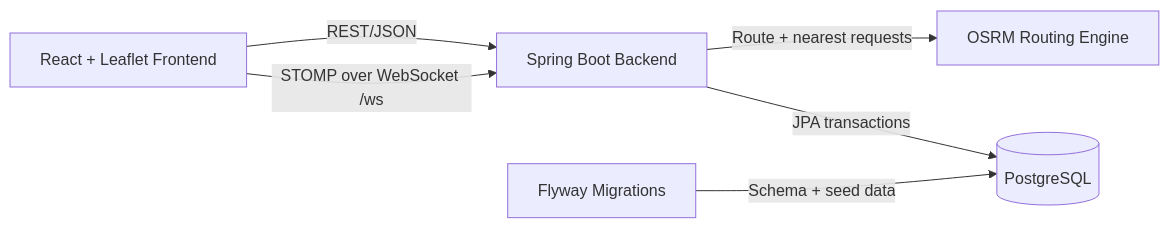
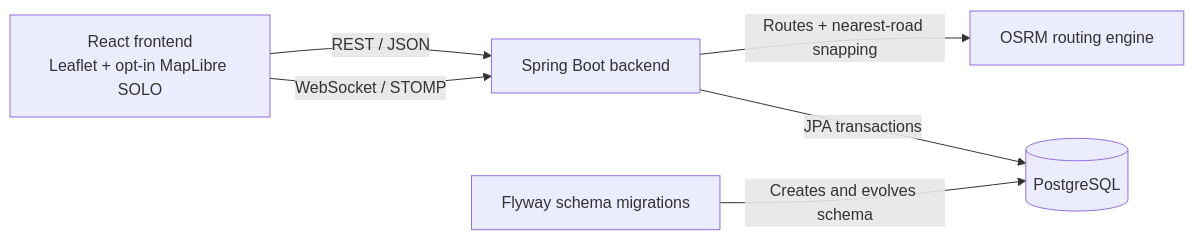
One commit to halfdimension/route-catch-game changed the diagram in README.md. Above: the diagram before and after it, drawn with Mermaid. The commit also changed other lines of this file, not shown here.

Commit message:
Refresh README for current architecture

````diff
--- a/README.md
+++ b/README.md
@@ -62,14 +40,14 @@
 ```mermaid
 flowchart LR
-    frontend["React + Leaflet Frontend"]
-    backend["Spring Boot Backend"]
-    osrm["OSRM Routing Engine"]
+    frontend["React frontend<br/>Leaflet + opt-in MapLibre SOLO"]
+    backend["Spring Boot backend"]
+    osrm["OSRM routing engine"]
     postgres[("PostgreSQL")]
-    flyway["Flyway Migrations"]
+    flyway["Flyway schema migrations"]
 
-    frontend -->|REST/JSON| backend
-    frontend -->|STOMP over WebSocket /ws| backend
-    backend -->|Route + nearest requests| osrm
+    frontend -->|REST / JSON| backend
+    frontend -->|WebSocket / STOMP| backend
+    backend -->|Routes + nearest-road snapping| osrm
     backend -->|JPA transactions| postgres
-    flyway -->|Schema + seed data| postgres
+    flyway -->|Creates and evolves schema| postgres
 ```
````
